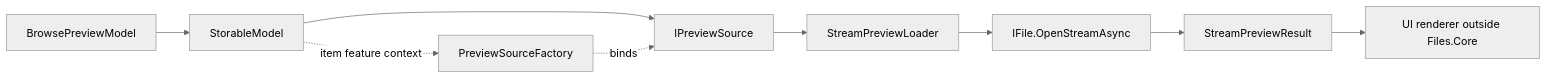
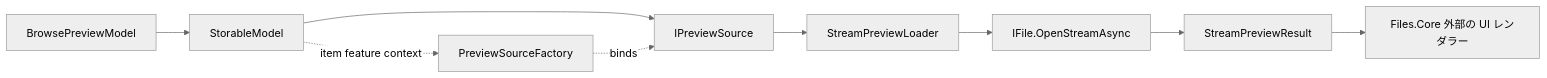
The second of 3 diagrams in docs/architecture/previews.md (0x5bfa/Files), drawn with Mermaid (neutral theme) before and after one commit. The commit also changed other lines of this file and 18 other files, not shown here.

Commit message:
Translate architecture docs to Japanese

````diff
--- a/docs/architecture/previews.md
+++ b/docs/architecture/previews.md
@@ -38,11 +34,11 @@
 ```mermaid
 flowchart LR
     Browse["BrowsePreviewModel"] --> Model["StorableModel"]
     Model --> ItemSource["IPreviewSource"]
     ItemSource --> Loader["StreamPreviewLoader"]
     Model -. item feature context .-> Factory["PreviewSourceFactory"]
     Factory -. binds .-> ItemSource
     Loader --> File["IFile.OpenStreamAsync"]
     File --> Result["StreamPreviewResult"]
-    Result --> Renderer["UI renderer outside Files.Core"]
+    Result --> Renderer["Files.Core 外部の UI レンダラー"]
 ```
````
